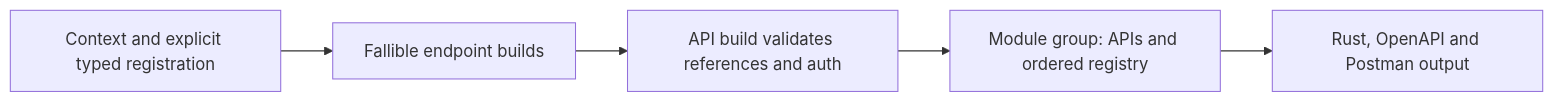
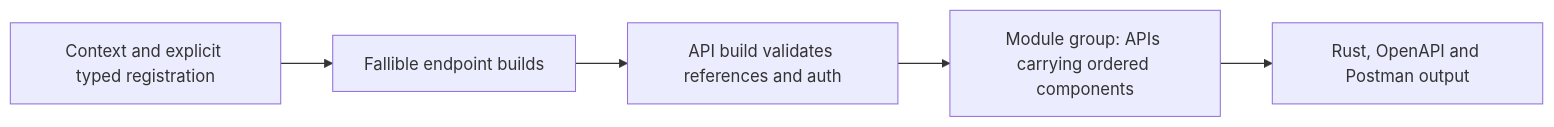
The diagram in schematic/docs/authoring-examples.md (yankeeinlondon/rusty-biscuit), drawn with Mermaid before and after one commit. The commit also changed other lines of this file and 16 other files, not shown here.

First line of the commit message:
docs(schematic): document component-based schema references

````diff
--- a/schematic/docs/authoring-examples.md
+++ b/schematic/docs/authoring-examples.md
@@ -70,7 +71,7 @@
 ```mermaid
 flowchart LR
     C[Context and explicit typed registration] --> E[Fallible endpoint builds]
     E --> A[API build validates references and auth]
-    A --> G[Module group: APIs and ordered registry]
+    A --> G[Module group: APIs carrying ordered components]
     G --> O[Rust, OpenAPI and Postman output]
 ```
````
